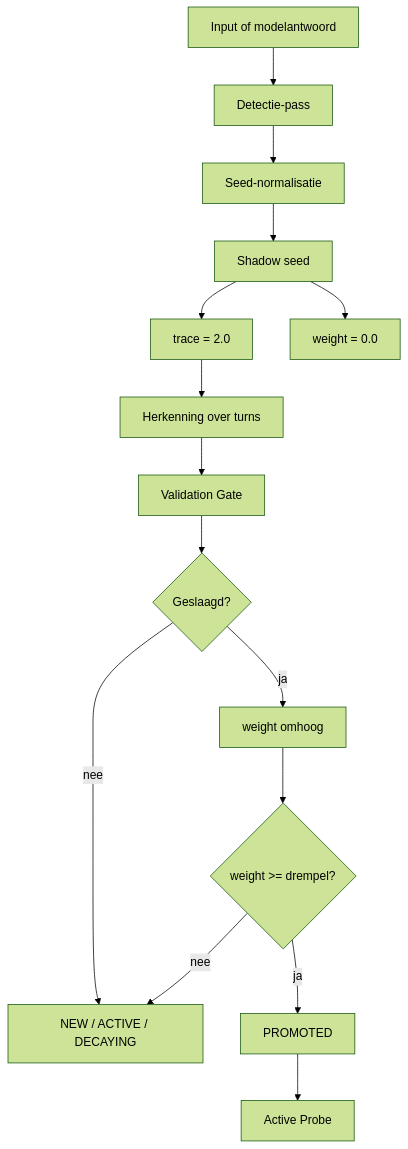
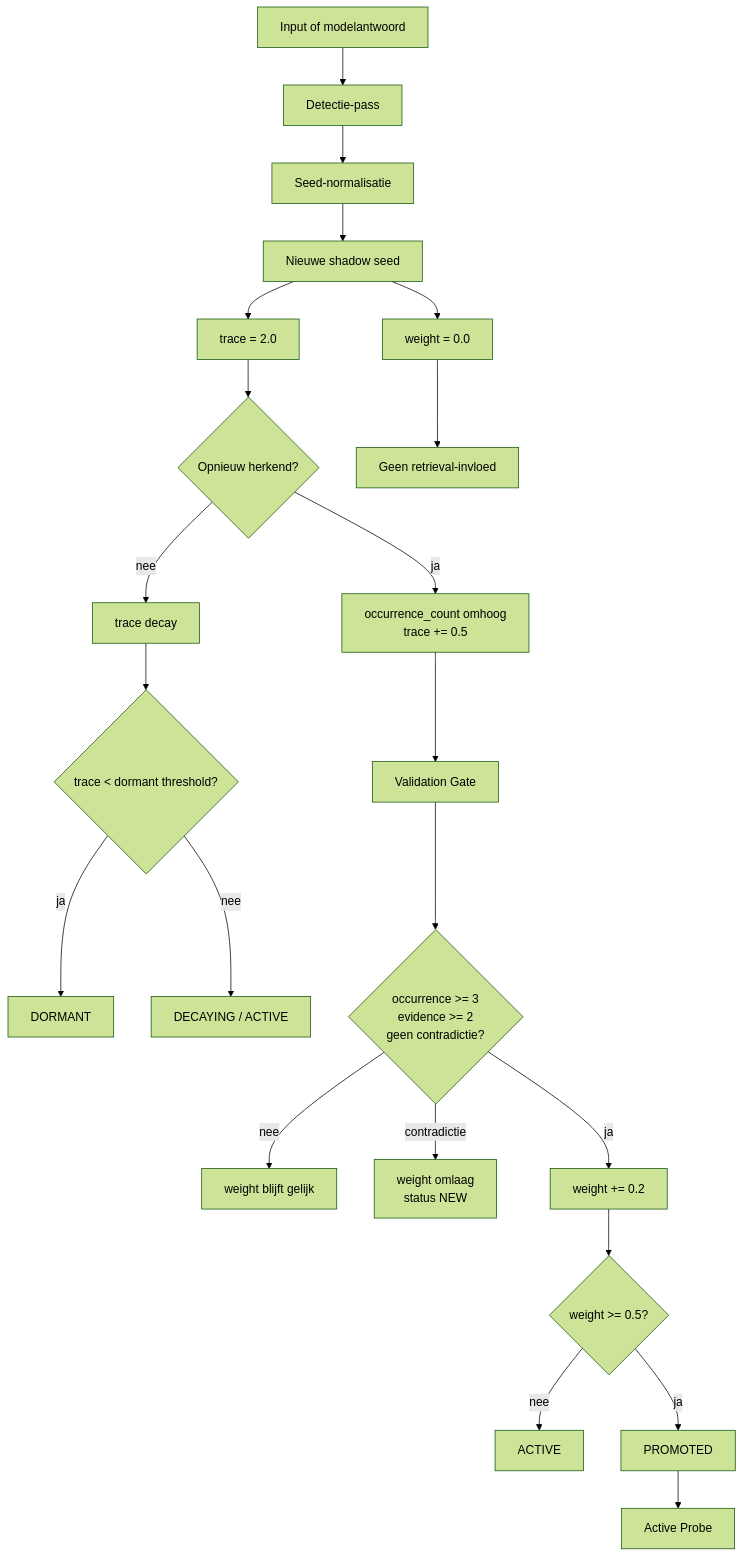
One commit to E-AI-MODEL/shadowseed changed the diagram in README.md. Above: the diagram before and after it, drawn with Mermaid (forest theme). The commit also changed other lines of this file, not shown here.

Commit message:
Fix README flow diagram and add SSL formulas

````diff
--- a/README.md
+++ b/README.md
@@ -52,17 +52,26 @@
 ```mermaid
 flowchart TD
     A[Input of modelantwoord] --> B[Detectie-pass]
     B --> C[Seed-normalisatie]
-    C --> D[Shadow seed]
+    C --> D[Nieuwe shadow seed]
     D --> E[trace = 2.0]
     D --> F[weight = 0.0]
-    E --> G[Herkenning over turns]
-    G --> H[Validation Gate]
-    H --> I{Geslaagd?}
-    I -- nee --> J[NEW / ACTIVE / DECAYING]
-    I -- ja --> K[weight omhoog]
-    K --> L{weight >= drempel?}
-    L -- nee --> J
-    L -- ja --> M[PROMOTED]
-    M --> N[Active Probe]
+
+    E --> G{Opnieuw herkend?}
+    G -- ja --> H[occurrence_count omhoog<br/>trace += 0.5]
+    G -- nee --> I[trace decay]
+    I --> J{trace < dormant threshold?}
+    J -- ja --> K[DORMANT]
+    J -- nee --> L[DECAYING / ACTIVE]
+
+    F --> M[Geen retrieval-invloed]
+    H --> N[Validation Gate]
+    N --> O{occurrence >= 3<br/>evidence >= 2<br/>geen contradictie?}
+    O -- nee --> P[weight blijft gelijk]
+    O -- contradictie --> Q[weight omlaag<br/>status NEW]
+    O -- ja --> R[weight += 0.2]
+    R --> S{weight >= 0.5?}
+    S -- nee --> T[ACTIVE]
+    S -- ja --> U[PROMOTED]
+    U --> V[Active Probe]
 ```
````
